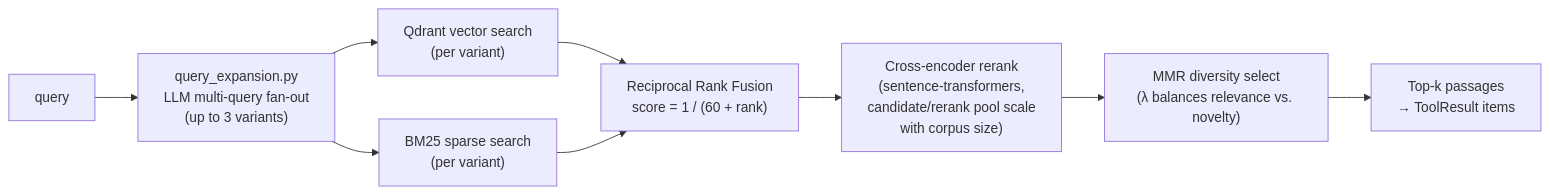
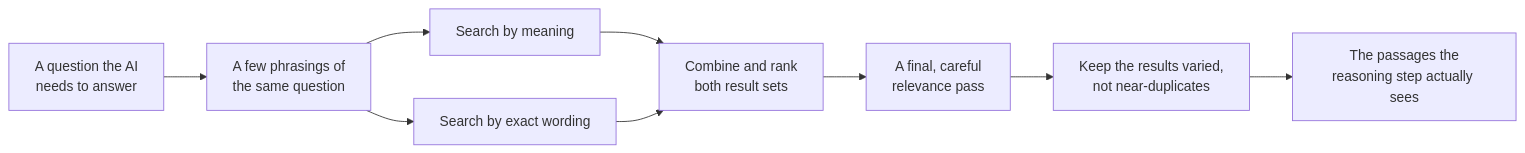
The third of 3 diagrams in docs/ARCHITECTURE.md (IndustryFusion/xana-docs), drawn with Mermaid before and after one commit. The commit also changed other lines of this file and 24 other files, not shown here.

````diff
--- a/docs/ARCHITECTURE.md
+++ b/docs/ARCHITECTURE.md
@@ -174,11 +133,11 @@
 ```mermaid
 flowchart LR
-    query["query"] --> expand["query_expansion.py<br/>LLM multi-query fan-out<br/>(up to 3 variants)"]
-    expand --> vec["Qdrant vector search<br/>(per variant)"]
-    expand --> sparse["BM25 sparse search<br/>(per variant)"]
-    vec --> rrf["Reciprocal Rank Fusion<br/>score = 1 / (60 + rank)"]
-    sparse --> rrf
-    rrf --> rerank["Cross-encoder rerank<br/>(sentence-transformers,<br/>candidate/rerank pool scale<br/>with corpus size)"]
-    rerank --> mmr["MMR diversity select<br/>(λ balances relevance vs. novelty)"]
-    mmr --> passages["Top-k passages<br/>→ ToolResult items"]
+    query["A question the AI\nneeds to answer"] --> expand["A few phrasings of\nthe same question"]
+    expand --> vec["Search by meaning"]
+    expand --> sparse["Search by exact wording"]
+    vec --> fuse["Combine and rank\nboth result sets"]
+    sparse --> fuse
+    fuse --> rerank["A final, careful\nrelevance pass"]
+    rerank --> diversity["Keep the results varied,\nnot near-duplicates"]
+    diversity --> passages["The passages the\nreasoning step actually sees"]
 ```
````
